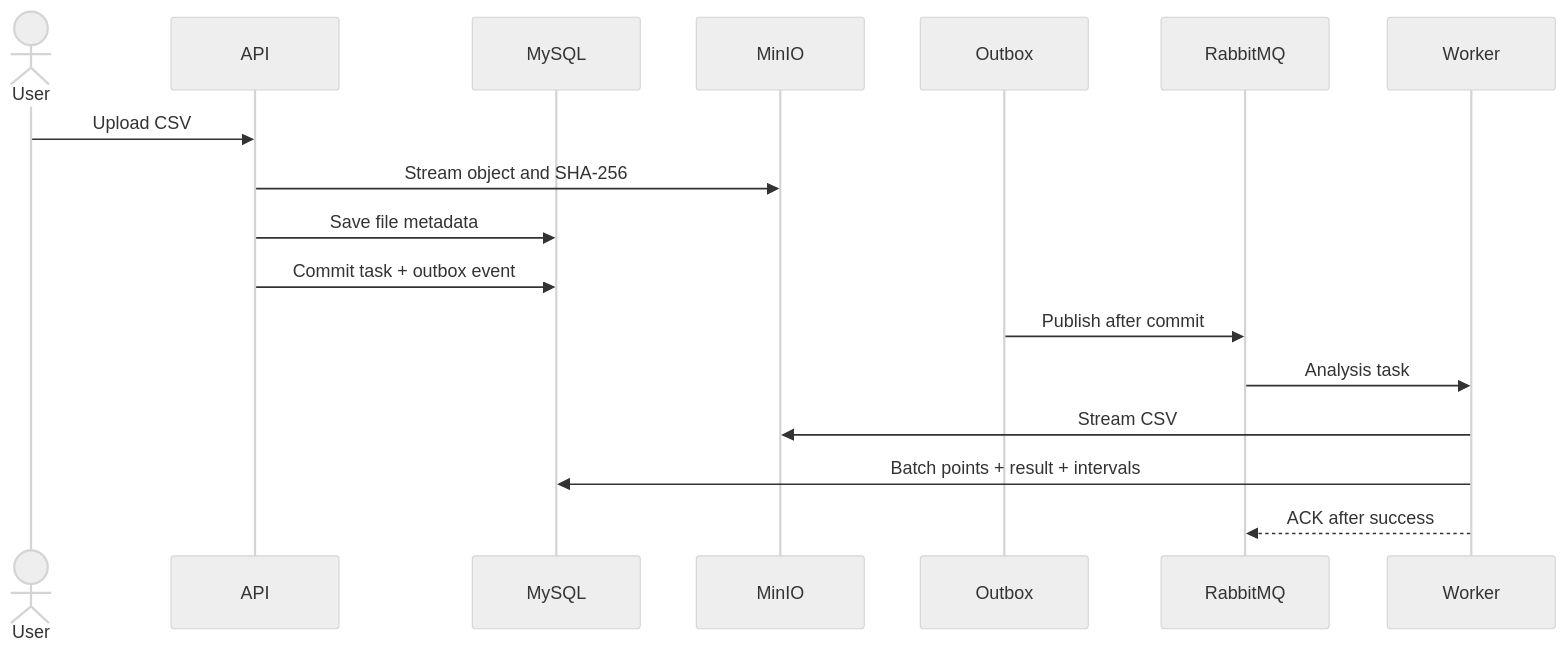
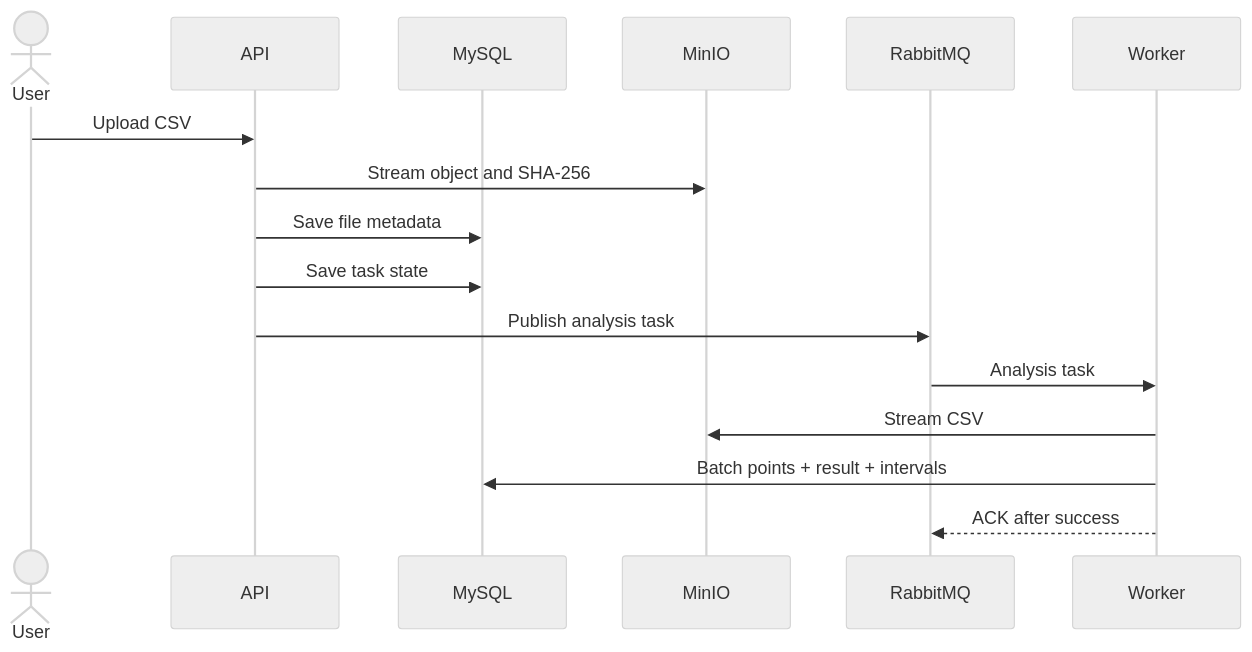
One commit to comi-master/track-evaluation-platform changed the third of 3 diagrams in docs/architecture.md. Above: the diagram before and after it, drawn with Mermaid (neutral theme). The commit also changed other lines of this file and 8 other files, not shown here.

Commit message:
docs: simplify project roadmap to seven milestones

````diff
--- a/docs/architecture.md
+++ b/docs/architecture.md
@@ -51,19 +51,18 @@
 ```mermaid
 sequenceDiagram
     actor User
     participant API
     participant MySQL
     participant MinIO
-    participant Outbox
     participant RabbitMQ
     participant Worker
     User->>API: Upload CSV
     API->>MinIO: Stream object and SHA-256
     API->>MySQL: Save file metadata
-    API->>MySQL: Commit task + outbox event
-    Outbox->>RabbitMQ: Publish after commit
+    API->>MySQL: Save task state
+    API->>RabbitMQ: Publish analysis task
     RabbitMQ->>Worker: Analysis task
     Worker->>MinIO: Stream CSV
     Worker->>MySQL: Batch points + result + intervals
     Worker-->>RabbitMQ: ACK after success
 ```
````
